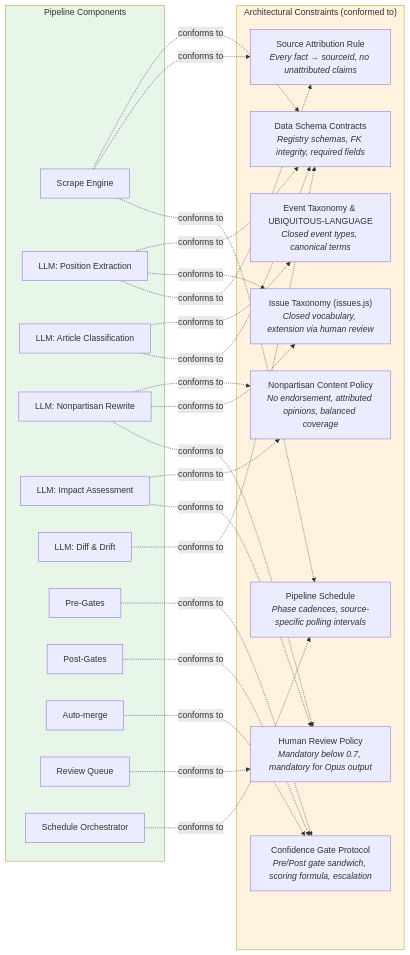
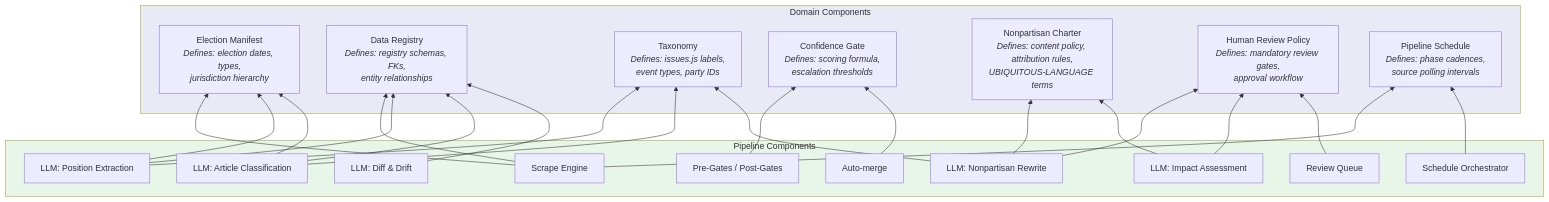
One commit to cristoslc/maine-voter-guide-2026-06 changed the third of 18 diagrams in docs/musings/automated-election-pipeline.md. Above: the diagram before and after it, drawn with Mermaid. The commit also changed other lines of this file, not shown here.

Commit message:
Fix: Ford & Richards diagram now uses domain-language conformity arrows (points toward the component that defines the language, opposite to data flow)
The Scrape Engine conforms to the Election Manifest's language of dates/types, not the reverse. Same for LLM stages conforming to Data Registry schemas and Taxonomy.

````diff
--- a/docs/musings/automated-election-pipeline.md
+++ b/docs/musings/automated-election-pipeline.md
@@ -280,50 +282,48 @@
 ```mermaid
-flowchart LR
-    subgraph Components["Pipeline Components"]
-        Scraper["Scrape Engine"]
-        PosExt["LLM: Position Extraction"]
-        ArticleCls["LLM: Article Classification"]
-        Rewrite["LLM: Nonpartisan Rewrite"]
-        Impact["LLM: Impact Assessment"]
-        Drift["LLM: Diff & Drift"]
-        PreGates["Pre-Gates"]
-        PostGates["Post-Gates"]
-        AutoMerge["Auto-merge"]
-        ReviewQ["Review Queue"]
-        Orchestrator["Schedule Orchestrator"]
+flowchart BT
+    subgraph Domain["Domain Components"]
+        EM["Election Manifest<br/><i>Defines: election dates, types,<br/>jurisdiction hierarchy</i>"]
+        DR["Data Registry<br/><i>Defines: registry schemas, FKs,<br/>entity relationships</i>"]
+        TA["Taxonomy<br/><i>Defines: issues.js labels,<br/>event types, party IDs</i>"]
+        CG["Confidence Gate<br/><i>Defines: scoring formula,<br/>escalation thresholds</i>"]
+        NC["Nonpartisan Charter<br/><i>Defines: content policy, attribution rules,<br/>UBIQUITOUS-LANGUAGE terms</i>"]
+        HR["Human Review Policy<br/><i>Defines: mandatory review gates,<br/>approval workflow</i>"]
+        PS["Pipeline Schedule<br/><i>Defines: phase cadences,<br/>source polling intervals</i>"]
     end
 
-    subgraph Constraints["Architectural Constraints (conformed to)"]
-        NP["Nonpartisan Content Policy<br/><i>No endorsement, attributed opinions, balanced coverage</i>"]
-        CG["Confidence Gate Protocol<br/><i>Pre/Post gate sandwich, scoring formula, escalation</i>"]
-        DSC["Data Schema Contracts<br/><i>Registry schemas, FK integrity, required fields</i>"]
-        SA["Source Attribution Rule<br/><i>Every fact → sourceId, no unattributed claims</i>"]
-        HR["Human Review Policy<br/><i>Mandatory below 0.7, mandatory for Opus output</i>"]
-        PS["Pipeline Schedule<br/><i>Phase cadences, source-specific polling intervals</i>"]
-        TX["Issue Taxonomy (issues.js)<br/><i>Closed vocabulary, extension via human review</i>"]
-        ET["Event Taxonomy & UBIQUITOUS-LANGUAGE<br/><i>Closed event types, canonical terms</i>"]
+    subgraph Components["Pipeline Components"]
+        SE["Scrape Engine"]
+        PE["LLM: Position Extraction"]
+        AC["LLM: Article Classification"]
+        NR["LLM: Nonpartisan Rewrite"]
+        IA["LLM: Impact Assessment"]
+        DD["LLM: Diff & Drift"]
+        PG["Pre-Gates / Post-Gates"]
+        AM["Auto-merge"]
+        RQ["Review Queue"]
+        SO["Schedule Orchestrator"]
     end
 
-    Scraper -.->|"conforms to"| DSC
-    Scraper -.->|"conforms to"| SA
-    Scraper -.->|"conforms to"| PS
-    PosExt -.->|"conforms to"| DSC
-    PosExt -.->|"conforms to"| TX
-    PosExt -.->|"conforms to"| SA
-    ArticleCls -.->|"conforms to"| ET
-    ArticleCls -.->|"conforms to"| DSC
-    Rewrite -.->|"conforms to"| NP
-    Rewrite -.->|"conforms to"| TX
-    Rewrite -.->|"conforms to"| HR
-    Impact -.->|"conforms to"| NP
-    Impact -.->|"conforms to"| HR
-    Drift -.->|"conforms to"| DSC
-    PreGates -.->|"conforms to"| CG
-    PostGates -.->|"conforms to"| CG
-    AutoMerge -.->|"conforms to"| CG
-    ReviewQ -.->|"conforms to"| HR
-    Orchestrator -.->|"conforms to"| PS
+    SE --> EM
+    SE --> DR
+    SE --> PS
+    PE --> EM
+    PE --> DR
+    PE --> TA
+    AC --> EM
+    AC --> DR
+    AC --> TA
+    NR --> NC
+    NR --> TA
+    NR --> HR
+    IA --> NC
+    IA --> HR
+    DD --> DR
+    PG --> CG
+    AM --> CG
+    RQ --> HR
+    SO --> PS
 
+    style Domain fill:#e8eaf6
     style Components fill:#e8f5e9
-    style Constraints fill:#fff3e0
 ```
````
